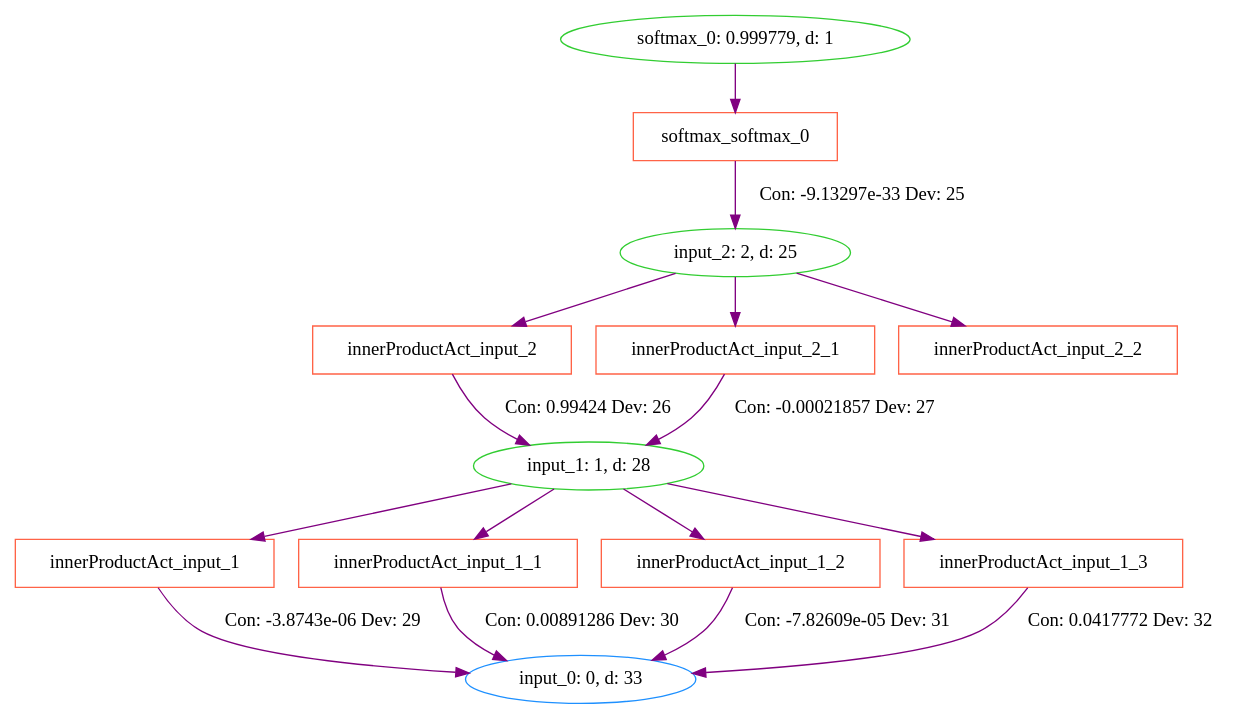
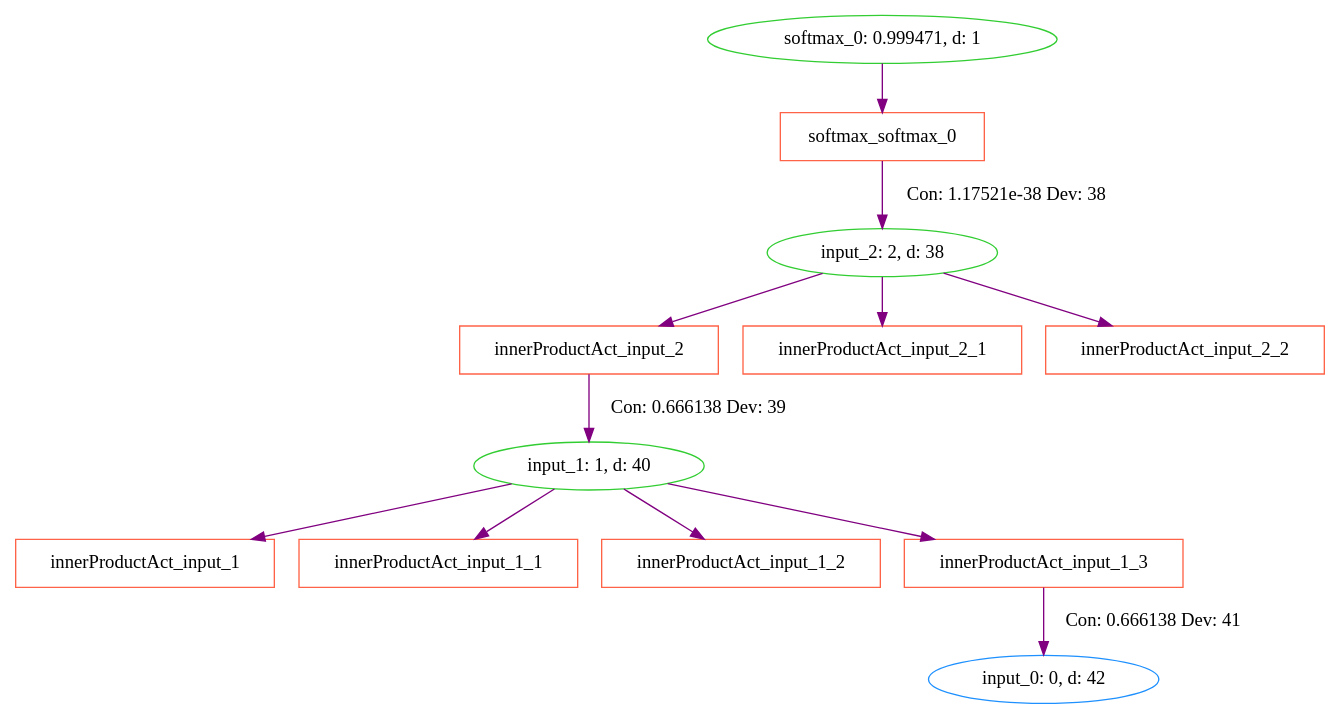
The diagram in data/iris/cprov/test2-softmax_0-approx.dot (milliondegree/PXAI), drawn with Graphviz before and after one commit. The commit also changed 19 other files, not shown here.

```diff
--- a/data/iris/cprov/test2-softmax_0-approx.dot
+++ b/data/iris/cprov/test2-softmax_0-approx.dot
@@ -1,44 +1,36 @@
 digraph G {
-0 [label="softmax_0: 0.999779, d: 1", shape=oval, color=limegreen];
+0 [label="softmax_0: 0.999471, d: 1", shape=oval, color=limegreen];
 1 [label="softmax_softmax_0", shape=box, color=tomato];
-2 [label="input_2: 2, d: 25", shape=oval, color=limegreen];
+2 [label="input_2: 2, d: 38", shape=oval, color=limegreen];
 3 [label="innerProductAct_input_2", shape=box, color=tomato];
-4 [label="input_1: 1, d: 28", shape=oval, color=limegreen];
+4 [label="input_1: 1, d: 40", shape=oval, color=limegreen];
 5 [label="innerProductAct_input_1", shape=box, color=tomato];
-6 [label="input_0: 0, d: 33", shape=oval, color=dodgerblue];
-7 [label="innerProductAct_input_1_1", shape=box, color=tomato];
-8 [label="innerProductAct_input_1_2", shape=box, color=tomato];
-9 [label="innerProductAct_input_1_3", shape=box, color=tomato];
+6 [label="innerProductAct_input_1_1", shape=box, color=tomato];
+7 [label="innerProductAct_input_1_2", shape=box, color=tomato];
+8 [label="innerProductAct_input_1_3", shape=box, color=tomato];
+9 [label="input_0: 0, d: 42", shape=oval, color=dodgerblue];
 10 [label="innerProductAct_input_2_1", shape=box, color=tomato];
 11 [label="innerProductAct_input_2_2", shape=box, color=tomato];
 0->1  [color=purple]
  [label=""];
 1->2  [color=purple]
- [label="Con: -9.13297e-33 Dev: 25"];
+ [label="Con: 1.17521e-38 Dev: 38"];
 2->3  [color=purple]
  [label=""];
 4->5  [color=purple]
  [label=""];
+4->6  [color=purple]
+ [label=""];
 4->7  [color=purple]
  [label=""];
 4->8  [color=purple]
- [label=""];
-4->9  [color=purple]
  [label=""];
 2->10  [color=purple]
  [label=""];
 2->11  [color=purple]
  [label=""];
 3->4  [color=purple]
- [label="Con: 0.99424 Dev: 26"];
-5->6  [color=purple]
- [label="Con: -3.8743e-06 Dev: 29"];
-7->6  [color=purple]
- [label="Con: 0.00891286 Dev: 30"];
-8->6  [color=purple]
- [label="Con: -7.82609e-05 Dev: 31"];
-9->6  [color=purple]
- [label="Con: 0.0417772 Dev: 32"];
-10->4  [color=purple]
- [label="Con: -0.00021857 Dev: 27"];
+ [label="Con: 0.666138 Dev: 39"];
+8->9  [color=purple]
+ [label="Con: 0.666138 Dev: 41"];
 }
```
